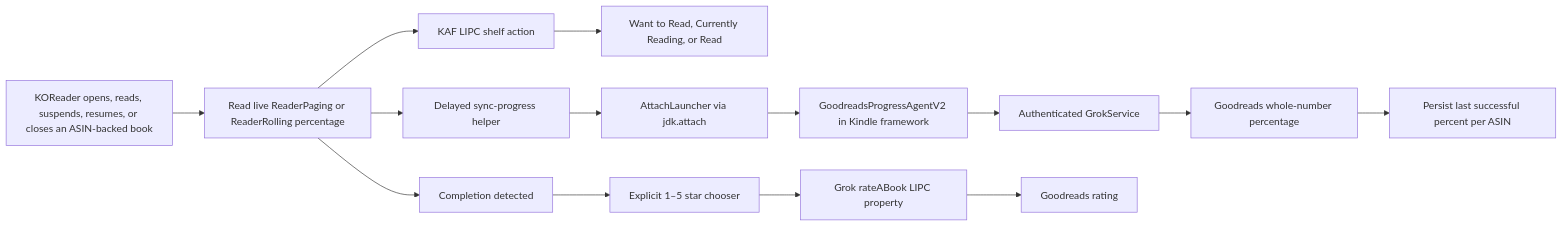
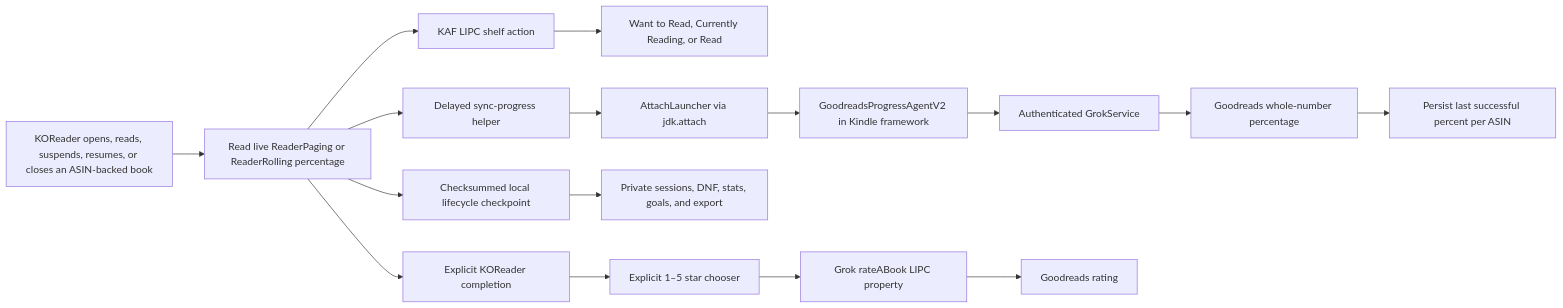
One commit to soloipd/koreader-goodreads-native changed the diagram in docs/architecture.md. Above: the diagram before and after it, drawn with Mermaid. The commit also changed other lines of this file and 18 other files, not shown here.

Commit message:
feat: add private reading lifecycle

````diff
--- a/docs/architecture.md
+++ b/docs/architecture.md
@@ -6,16 +6,18 @@
 ```mermaid
 flowchart LR
     A["KOReader opens, reads, suspends, resumes, or closes an ASIN-backed book"] --> B["Read live ReaderPaging or ReaderRolling percentage"]
     B --> C["KAF LIPC shelf action"]
     C --> D["Want to Read, Currently Reading, or Read"]
     B --> E["Delayed sync-progress helper"]
     E --> F["AttachLauncher via jdk.attach"]
     F --> G["GoodreadsProgressAgentV2 in Kindle framework"]
     G --> H["Authenticated GrokService"]
     H --> I["Goodreads whole-number percentage"]
     I --> J["Persist last successful percent per ASIN"]
-    B --> K["Completion detected"]
+    B --> O["Checksummed local lifecycle checkpoint"]
+    O --> P["Private sessions, DNF, stats, goals, and export"]
+    B --> K["Explicit KOReader completion"]
     K --> L["Explicit 1–5 star chooser"]
     L --> M["Grok rateABook LIPC property"]
     M --> N["Goodreads rating"]
 ```
````
